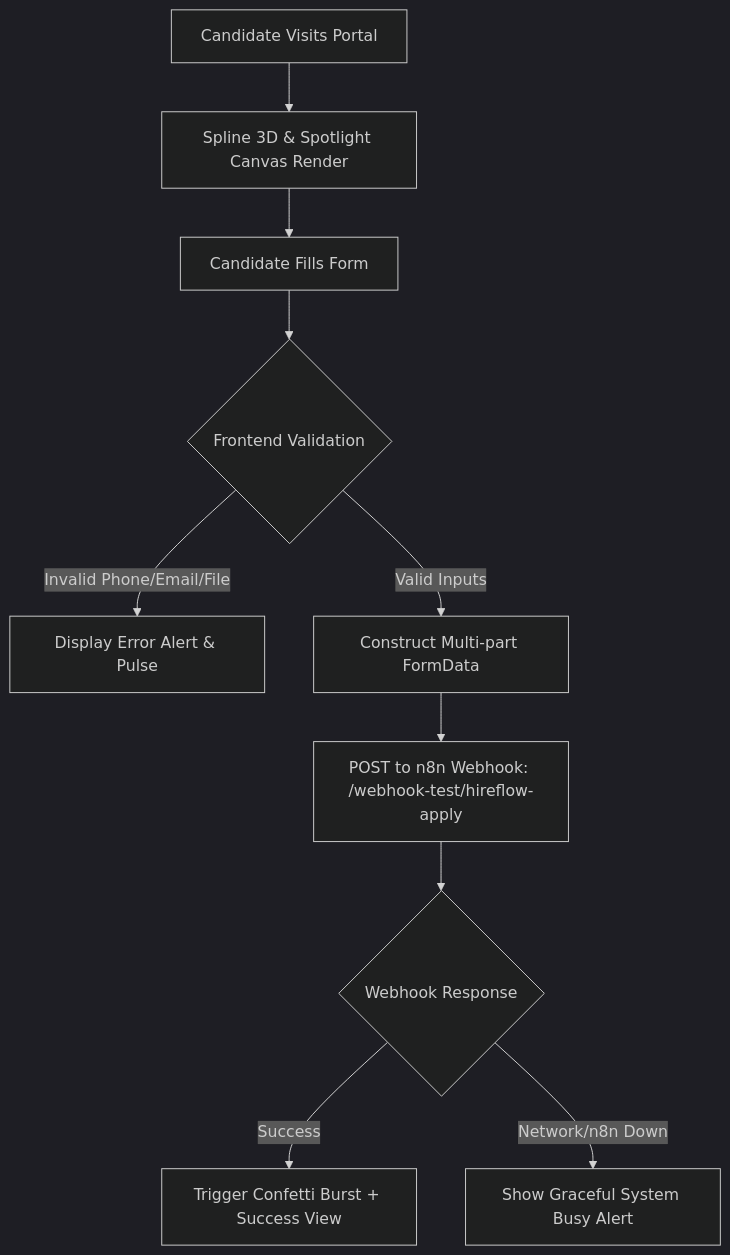
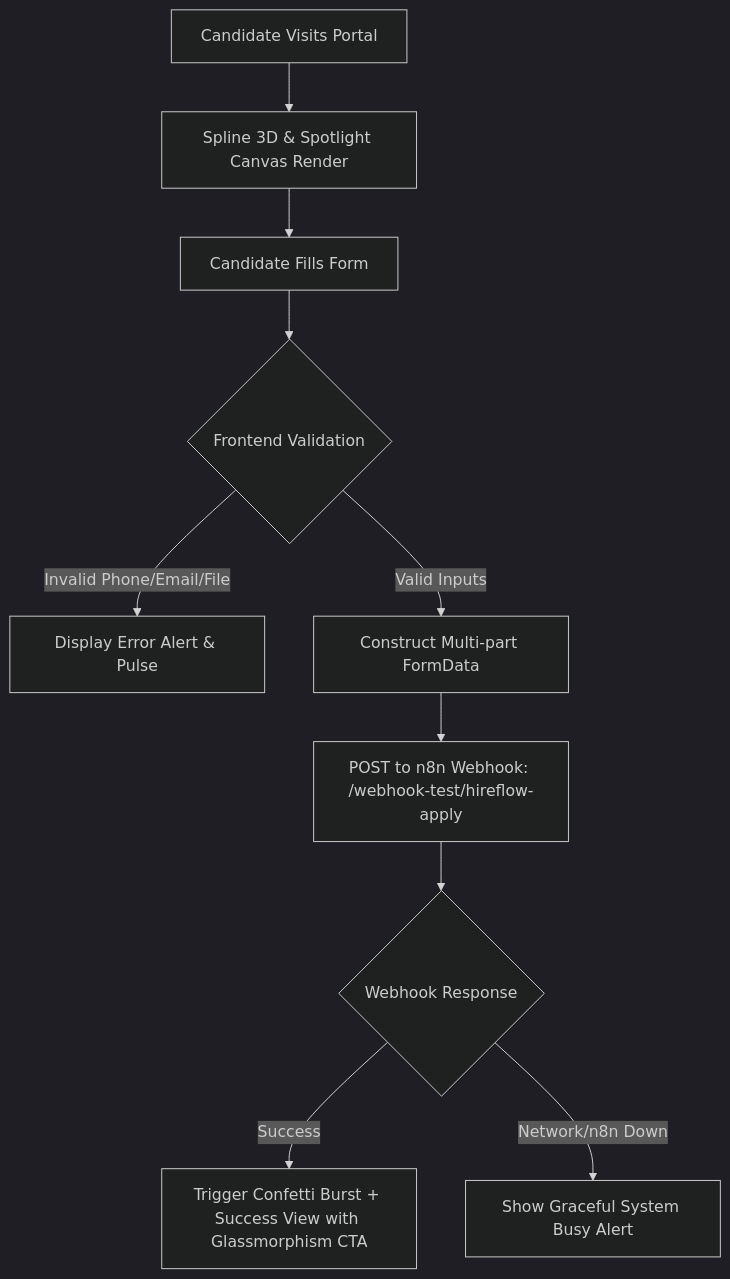
Before and after one commit to swarajshelke12/HIREFLOW_ATS: the diagram in build.md, drawn with Mermaid (dark theme). The commit also changed other lines of this file and 2 other files, not shown here.

````diff
--- a/build.md
+++ b/build.md
@@ -20,12 +22,12 @@
 ```mermaid
 flowchart TD
     A[Candidate Visits Portal] --> B[Spline 3D & Spotlight Canvas Render]
     B --> C[Candidate Fills Form]
     C --> D{Frontend Validation}
     D -- Invalid Phone/Email/File --> E[Display Error Alert & Pulse]
     D -- Valid Inputs --> F[Construct Multi-part FormData]
     F --> G[POST to n8n Webhook: /webhook-test/hireflow-apply]
     G --> H{Webhook Response}
-    H -- Success --> I[Trigger Confetti Burst + Success View]
+    H -- Success --> I[Trigger Confetti Burst + Success View with Glassmorphism CTA]
     H -- Network/n8n Down --> J[Show Graceful System Busy Alert]
 ```
````
